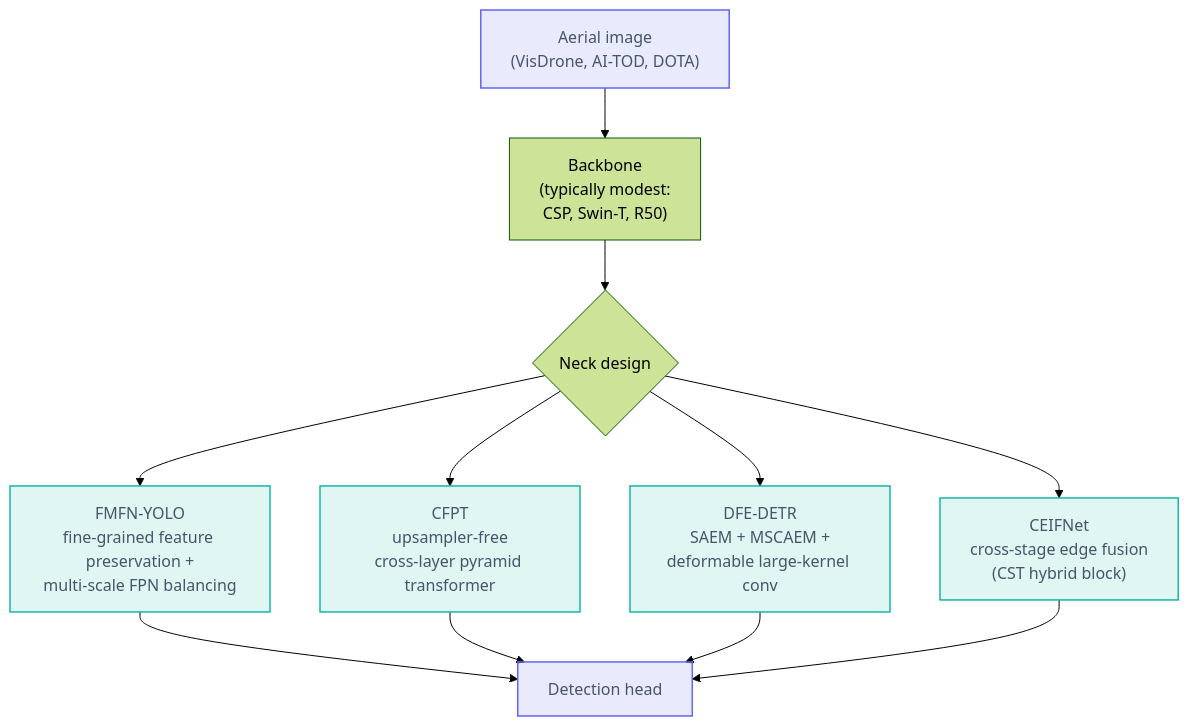
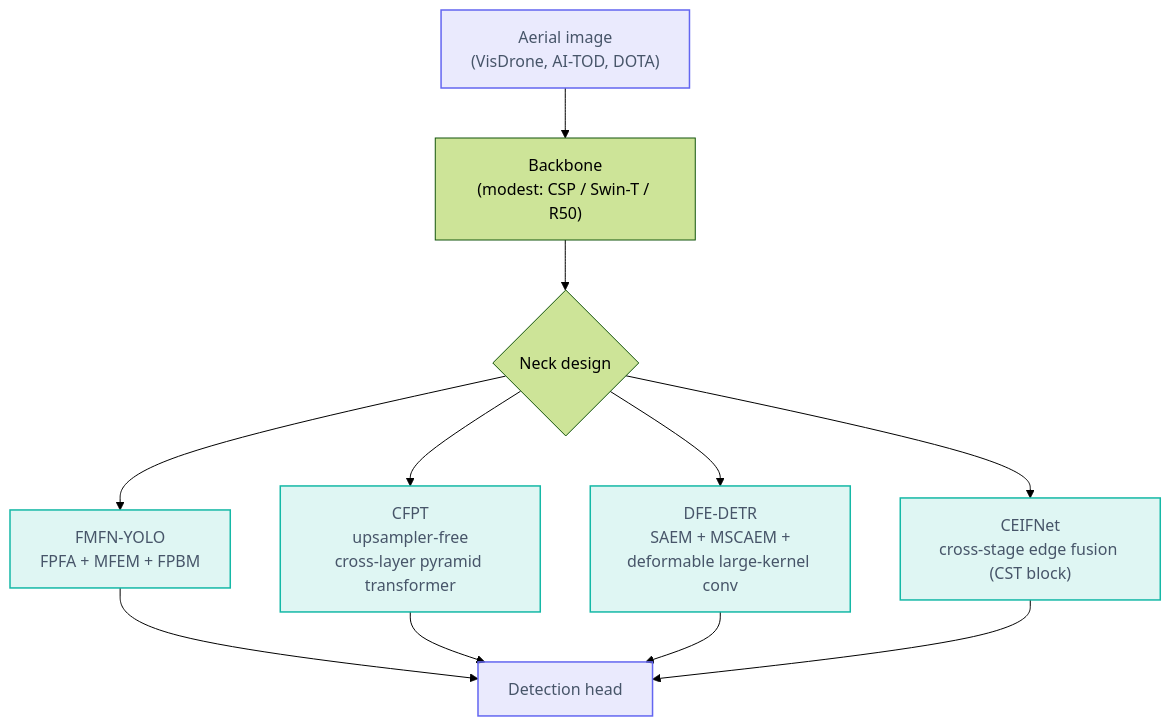
Before and after one commit to voyarchie/cv-updates: the fifth of 7 diagrams in 2026-Apr-30/2026-Apr-30_CV_updates.md, drawn with Mermaid (forest theme). The commit also changed other lines of this file and 2 other files, not shown here.

````diff
--- a/2026-Apr-30/2026-Apr-30_CV_updates.md
+++ b/2026-Apr-30/2026-Apr-30_CV_updates.md
@@ -68,18 +195,18 @@
 ```mermaid
 flowchart TB
-    Input["Aerial image<br/>(VisDrone, AI-TOD, DOTA)"] --> BB["Backbone<br/>(typically modest:<br/>CSP, Swin-T, R50)"]
+    Input["Aerial image<br/>(VisDrone, AI-TOD, DOTA)"] --> BB["Backbone<br/>(modest: CSP / Swin-T / R50)"]
     BB --> Neck{"Neck design"}
-    Neck --> N1["FMFN-YOLO<br/>fine-grained feature preservation +<br/>multi-scale FPN balancing"]
+    Neck --> N1["FMFN-YOLO<br/>FPFA + MFEM + FPBM"]
     Neck --> N2["CFPT<br/>upsampler-free<br/>cross-layer pyramid transformer"]
     Neck --> N3["DFE-DETR<br/>SAEM + MSCAEM +<br/>deformable large-kernel conv"]
-    Neck --> N4["CEIFNet<br/>cross-stage edge fusion<br/>(CST hybrid block)"]
+    Neck --> N4["CEIFNet<br/>cross-stage edge fusion (CST block)"]
     N1 --> Head[Detection head]
     N2 --> Head
     N3 --> Head
     N4 --> Head
 
     classDef neck fill:#14b8a622,stroke:#14b8a6,stroke-width:1.5px,color:#475569;
     classDef io   fill:#6366f122,stroke:#6366f1,stroke-width:1.5px,color:#475569;
     class N1,N2,N3,N4 neck
     class Input,Head io
 ```
````
